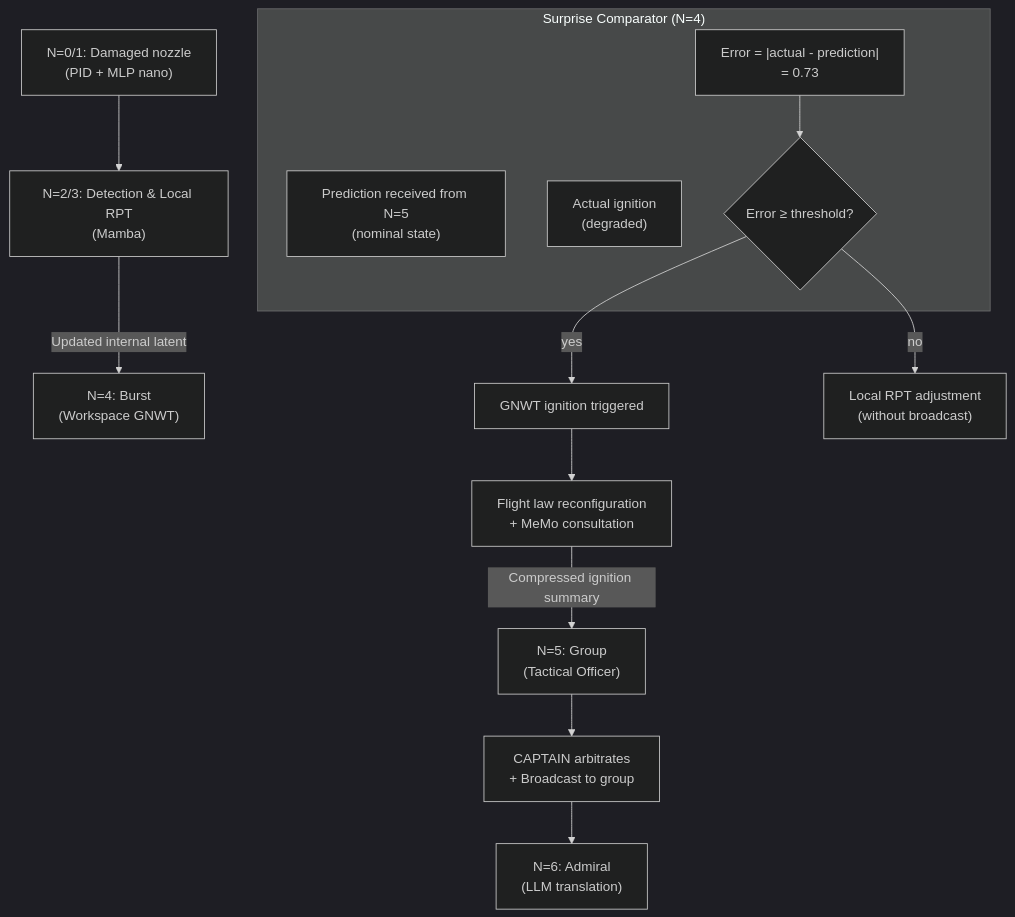
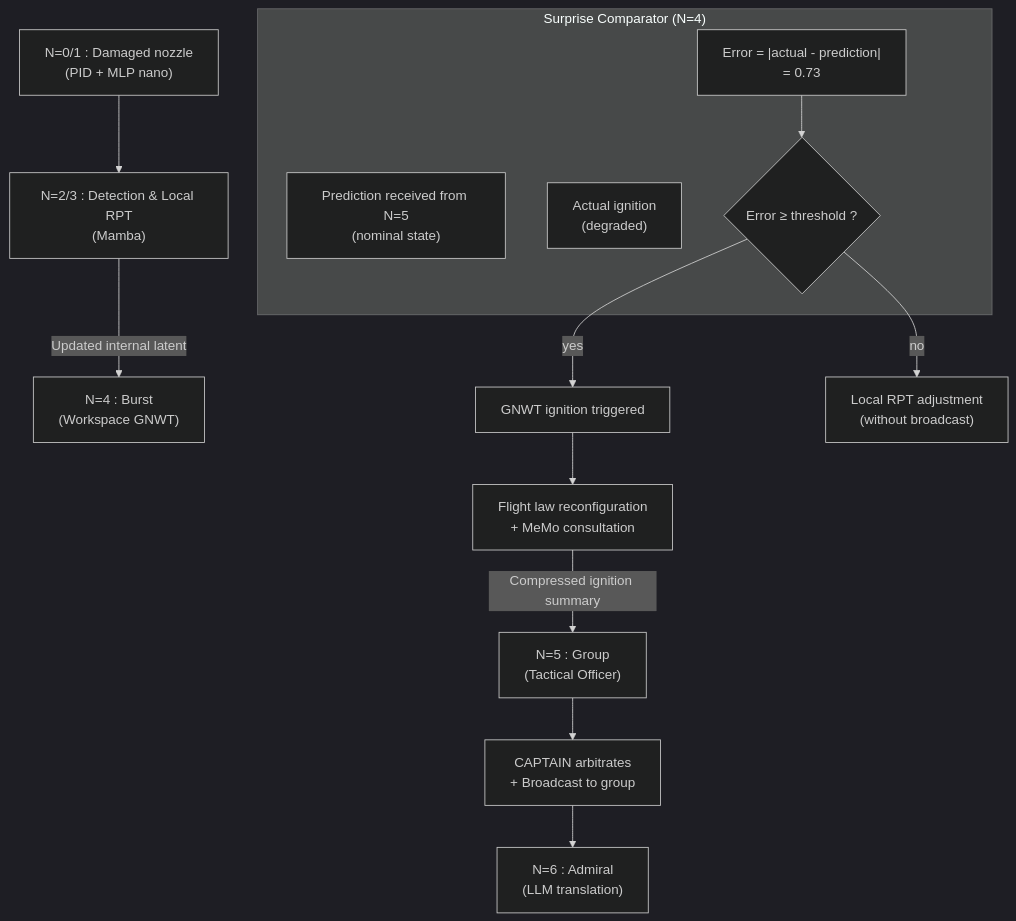
Before and after one commit to AlainCo/GNWT-Garrigue-X-en: the seventh of 9 diagrams in architecture/architecture.md, drawn with Mermaid (dark theme). The commit also changed other lines of this file and 17 other files, not shown here.

````diff
--- a/architecture/architecture.md
+++ b/architecture/architecture.md
@@ -133,23 +132,23 @@
 ```mermaid
 flowchart TD
-    A["N=0/1: Damaged nozzle\n(PID + MLP nano)"] 
-    --> B["N=2/3: Detection & Local RPT\n(Mamba)"]
+    A["N=0/1 : Damaged nozzle\n(PID + MLP nano)"] 
+    --> B["N=2/3 : Detection & Local RPT\n(Mamba)"]
 
-    B -->|"Updated internal latent"| C["N=4: Burst\n(Workspace GNWT)"]
+    B -->|"Updated internal latent"| C["N=4 : Burst\n(Workspace GNWT)"]
 
     subgraph Comparator ["Surprise Comparator (N=4)"]
         D1["Prediction received from N=5\n(nominal state)"]
         D2["Actual ignition\n(degraded)"]
         D3["Error = |actual - prediction|\n= 0.73"]
-        D4{Error ≥ threshold?}
+        D4{Error ≥ threshold ?}
     end
 
     D3 --> D4
     D4 -->|yes| E["GNWT ignition triggered"]
     D4 -->|no| F["Local RPT adjustment\n(without broadcast)"]
 
     E --> G["Flight law reconfiguration\n+ MeMo consultation"]
-    G -->|"Compressed ignition summary"| H["N=5: Group\n(Tactical Officer)"]
+    G -->|"Compressed ignition summary"| H["N=5 : Group\n(Tactical Officer)"]
     H --> I["CAPTAIN arbitrates\n+ Broadcast to group"]
-    I --> J["N=6: Admiral\n(LLM translation)"]
+    I --> J["N=6 : Admiral\n(LLM translation)"]
 ```
````
